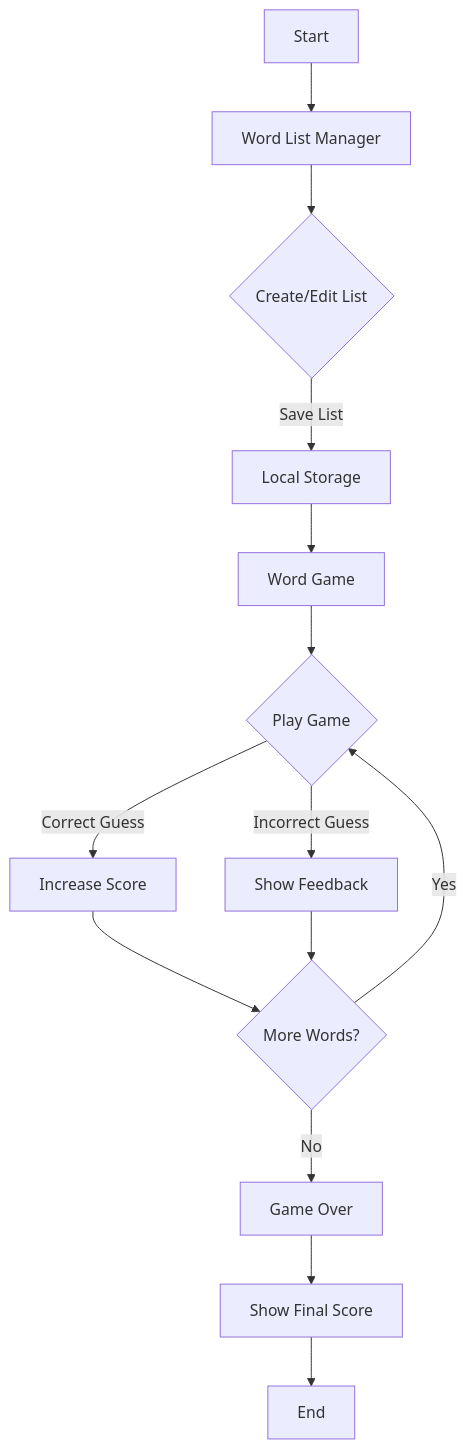
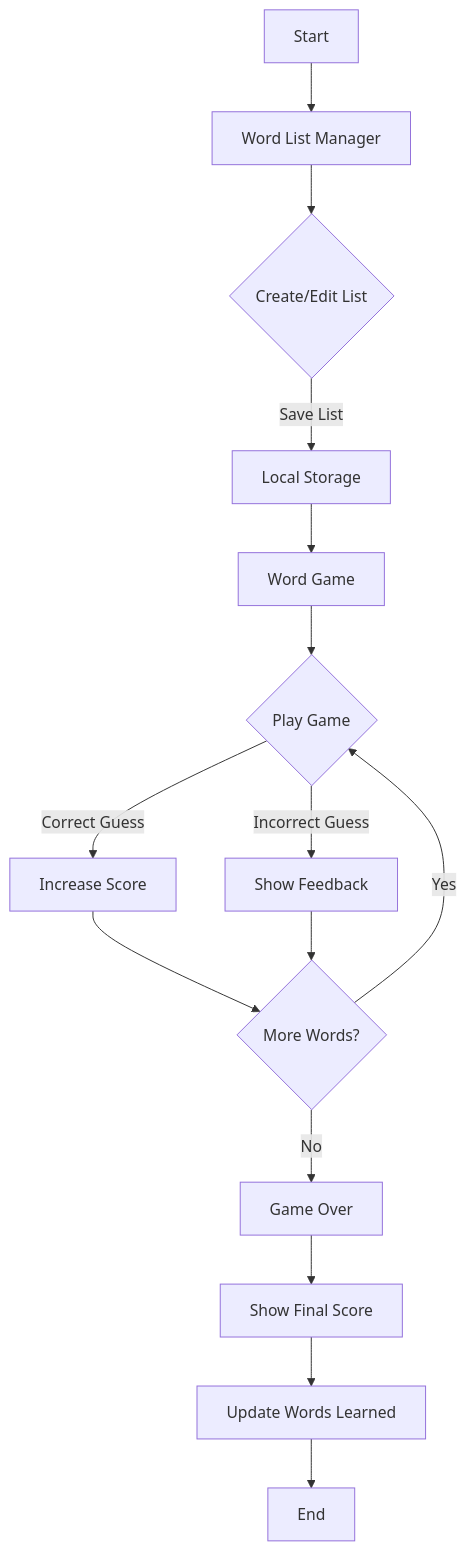
One commit to amarpreetbhatia/word-wizard changed the diagram in README.md. Above: the diagram before and after it, drawn with Mermaid. The commit also changed other lines of this file and 4 other files, not shown here.

````diff
--- a/README.md
+++ b/README.md
@@ -14,16 +14,17 @@
 ```mermaid
 graph TD
     A[Start] --> B[Word List Manager]
     B --> C{Create/Edit List}
     C -->|Save List| D[Local Storage]
     D --> E[Word Game]
     E --> F{Play Game}
     F -->|Correct Guess| G[Increase Score]
     F -->|Incorrect Guess| H[Show Feedback]
     G --> I{More Words?}
     H --> I
     I -->|Yes| F
     I -->|No| J[Game Over]
     J --> K[Show Final Score]
-    K --> L[End]
+    K --> L[Update Words Learned]
+    L --> M[End]
 ```
````
